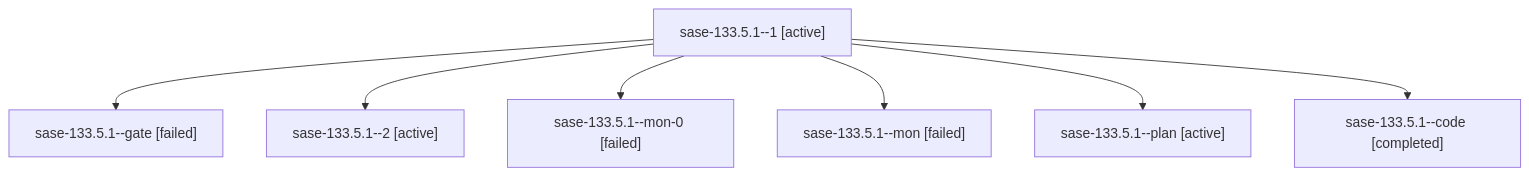
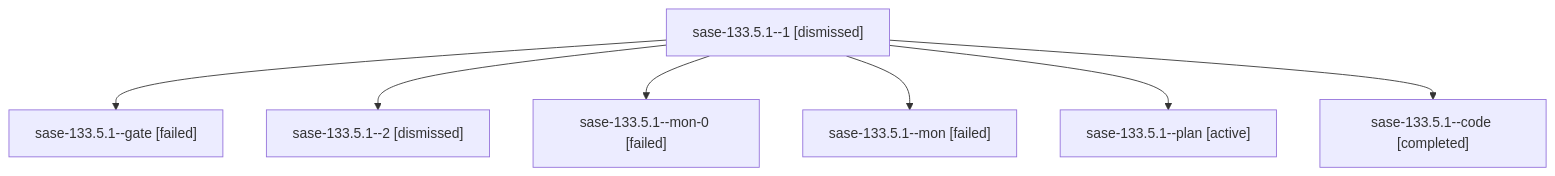
Before and after one commit to sase-org/sase--agents: the diagram in sessions/bbugyi200.athena.sase-133.5.1.md, drawn with Mermaid. The commit also changed other lines of this file and 219 other files, not shown here.

````diff
--- a/sessions/bbugyi200.athena.sase-133.5.1.md
+++ b/sessions/bbugyi200.athena.sase-133.5.1.md
@@ -9,16 +9,16 @@
 ```mermaid
 flowchart TD
-  n0["sase-133.5.1--1 [active]"]
+  n0["sase-133.5.1--1 [dismissed]"]
   n1["sase-133.5.1--gate [failed]"]
   n0 --> n1
-  n2["sase-133.5.1--2 [active]"]
+  n2["sase-133.5.1--2 [dismissed]"]
   n0 --> n2
   n3["sase-133.5.1--mon-0 [failed]"]
   n0 --> n3
   n4["sase-133.5.1--mon [failed]"]
   n0 --> n4
   n5["sase-133.5.1--plan [active]"]
   n0 --> n5
   n6["sase-133.5.1--code [completed]"]
   n0 --> n6
 ```
````
